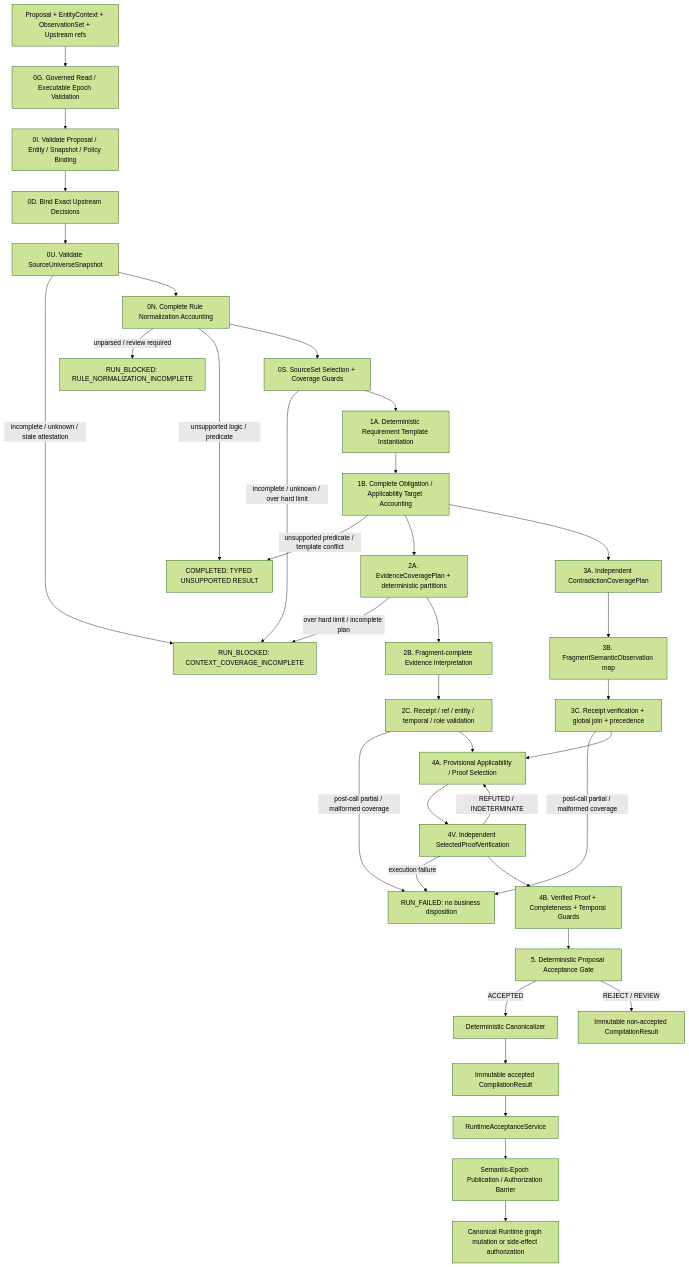
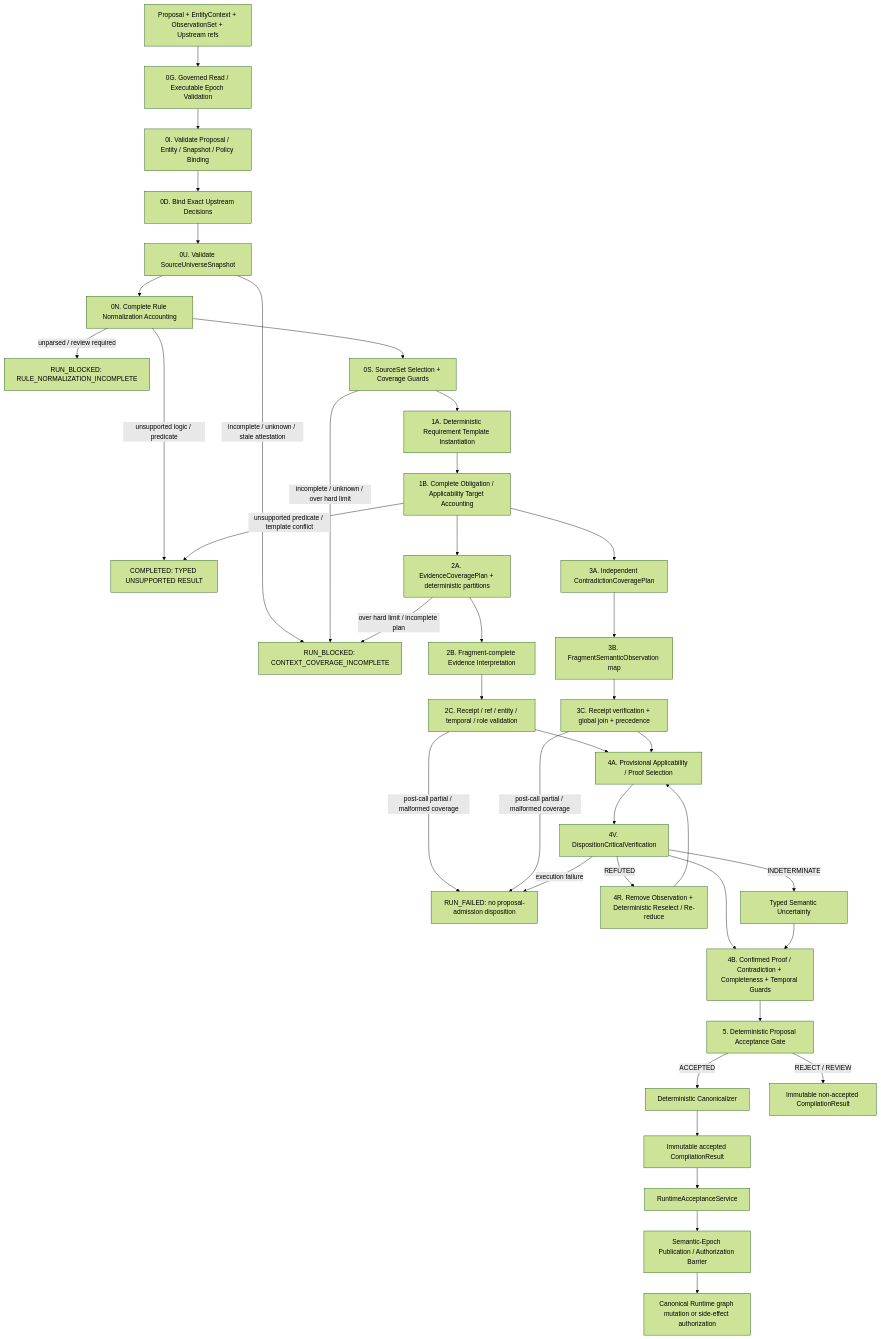
One commit to dabaitudiu/continuum changed the diagram in docs/continuum_module_01_semantic_dependency_compiler/15_REPLACEMENT_ARCHITECTURE.md. Above: the diagram before and after it, drawn with Mermaid (forest theme). The commit also changed other lines of this file and 22 other files, not shown here.

Commit message:
docs: revise option B architecture to revision 6

````diff
--- a/docs/continuum_module_01_semantic_dependency_compiler/15_REPLACEMENT_ARCHITECTURE.md
+++ b/docs/continuum_module_01_semantic_dependency_compiler/15_REPLACEMENT_ARCHITECTURE.md
@@ -511,38 +522,41 @@
 ```mermaid
 flowchart TD
     A[Proposal + EntityContext + ObservationSet + Upstream refs] --> G[0G. Governed Read / Executable Epoch Validation]
     G --> V[0I. Validate Proposal / Entity / Snapshot / Policy Binding]
     V --> D[0D. Bind Exact Upstream Decisions]
     D --> U[0U. Validate SourceUniverseSnapshot]
     U -->|incomplete / unknown / stale attestation| RB[RUN_BLOCKED: CONTEXT_COVERAGE_INCOMPLETE]
     U --> NR[0N. Complete Rule Normalization Accounting]
     NR -->|unparsed / review required| RNB[RUN_BLOCKED: RULE_NORMALIZATION_INCOMPLETE]
     NR -->|unsupported logic / predicate| UP[COMPLETED: TYPED UNSUPPORTED RESULT]
     NR --> S[0S. SourceSet Selection + Coverage Guards]
     S -->|incomplete / unknown / over hard limit| RB
     S --> R[1A. Deterministic Requirement Template Instantiation]
     R --> RC[1B. Complete Obligation / Applicability Target Accounting]
     RC -->|unsupported predicate / template conflict| UP
     RC --> EP[2A. EvidenceCoveragePlan + deterministic partitions]
     EP -->|over hard limit / incomplete plan| RB
     EP --> EM[2B. Fragment-complete Evidence Interpretation]
     EM --> EV[2C. Receipt / ref / entity / temporal / role validation]
     EV -->|post-call partial / malformed coverage| RF
     RC --> CP[3A. Independent ContradictionCoveragePlan]
     CP --> CM[3B. FragmentSemanticObservation map]
     CM --> CR[3C. Receipt verification + global join + precedence]
     CR -->|post-call partial / malformed coverage| RF
     EV --> PS[4A. Provisional Applicability / Proof Selection]
     CR --> PS
-    PS --> PV[4V. Independent SelectedProofVerification]
-    PV -->|REFUTED / INDETERMINATE| PS
-    PV -->|execution failure| RF[RUN_FAILED: no business disposition]
-    PV --> H[4B. Verified Proof + Completeness + Temporal Guards]
+    PS --> PV[4V. DispositionCriticalVerification]
+    PV -->|REFUTED| PR[4R. Remove Observation + Deterministic Reselect / Re-reduce]
+    PR --> PS
+    PV -->|INDETERMINATE| SU[Typed Semantic Uncertainty]
+    PV -->|execution failure| RF[RUN_FAILED: no proposal-admission disposition]
+    PV --> H[4B. Confirmed Proof / Contradiction + Completeness + Temporal Guards]
+    SU --> H
     H --> I[5. Deterministic Proposal Acceptance Gate]
     I -->|ACCEPTED| J[Deterministic Canonicalizer]
     I -->|REJECT / REVIEW| K[Immutable non-accepted CompilationResult]
     J --> L[Immutable accepted CompilationResult]
     L --> M[RuntimeAcceptanceService]
     M --> EPOCH[Semantic-Epoch Publication / Authorization Barrier]
     EPOCH --> RT[Canonical Runtime graph mutation or side-effect authorization]
 ```
````
